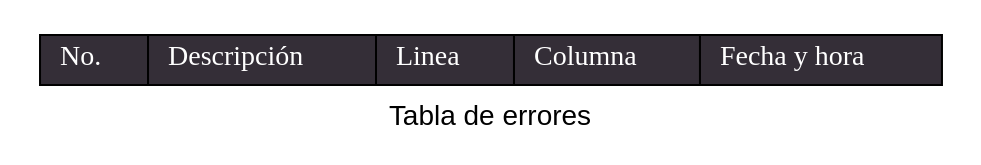
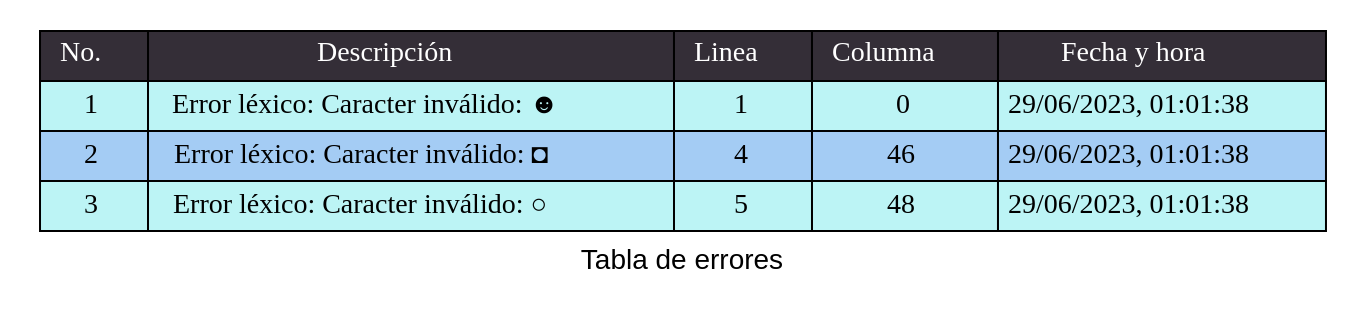
Before and after one commit to LuisaMariaO/OLC2P1-Luisa-Ortiz-Marjorie-Reyes: the diagram in Fase 1/backend/TablaErrores.dot, drawn with Graphviz. The commit also changed 11 other files, not shown here.

```diff
--- a/Fase 1/backend/TablaErrores.dot
+++ b/Fase 1/backend/TablaErrores.dot
@@ -1,16 +1,37 @@
 digraph {
             fontname="Arial"
             label = "Tabla de errores"
             node[shape=none]
             n1[label=<
             <table BORDER="0" CELLBORDER="1" CELLSPACING="0" CELLPADDING="4">]
             <tr>
             <td bgcolor="#342E37"> <font color="white"> No. </font> </td>
             <td bgcolor="#342E37"> <font color="white"> Descripción </font> </td>
             <td bgcolor="#342E37"> <font color="white"> Linea </font> </td>
             <td bgcolor="#342E37"> <font color="white"> Columna </font> </td>
             <td bgcolor="#342E37"> <font color="white"> Fecha y hora </font> </td>
             </tr>
+<tr>
+<td bgcolor="#BCF4F5">1</td>
+<td bgcolor="#BCF4F5">   Error léxico: Caracter inválido: ☻</td> 
+ <td bgcolor="#BCF4F5">   1</td> 
+ <td bgcolor="#BCF4F5">   0</td> 
+ <td bgcolor="#BCF4F5">29/06/2023, 01:01:38</td> 
+</tr>
+<tr>
+<td bgcolor="#A4CCF4">2</td>
+<td bgcolor="#A4CCF4">   Error léxico: Caracter inválido: ◘</td> 
+ <td bgcolor="#A4CCF4">   4</td> 
+ <td bgcolor="#A4CCF4">   46</td> 
+ <td bgcolor="#A4CCF4">29/06/2023, 01:01:38</td> 
+</tr>
+<tr>
+<td bgcolor="#BCF4F5">3</td>
+<td bgcolor="#BCF4F5">   Error léxico: Caracter inválido: ○</td> 
+ <td bgcolor="#BCF4F5">   5</td> 
+ <td bgcolor="#BCF4F5">   48</td> 
+ <td bgcolor="#BCF4F5">29/06/2023, 01:01:38</td> 
+</tr>
 </table>
     >]
     }
```
